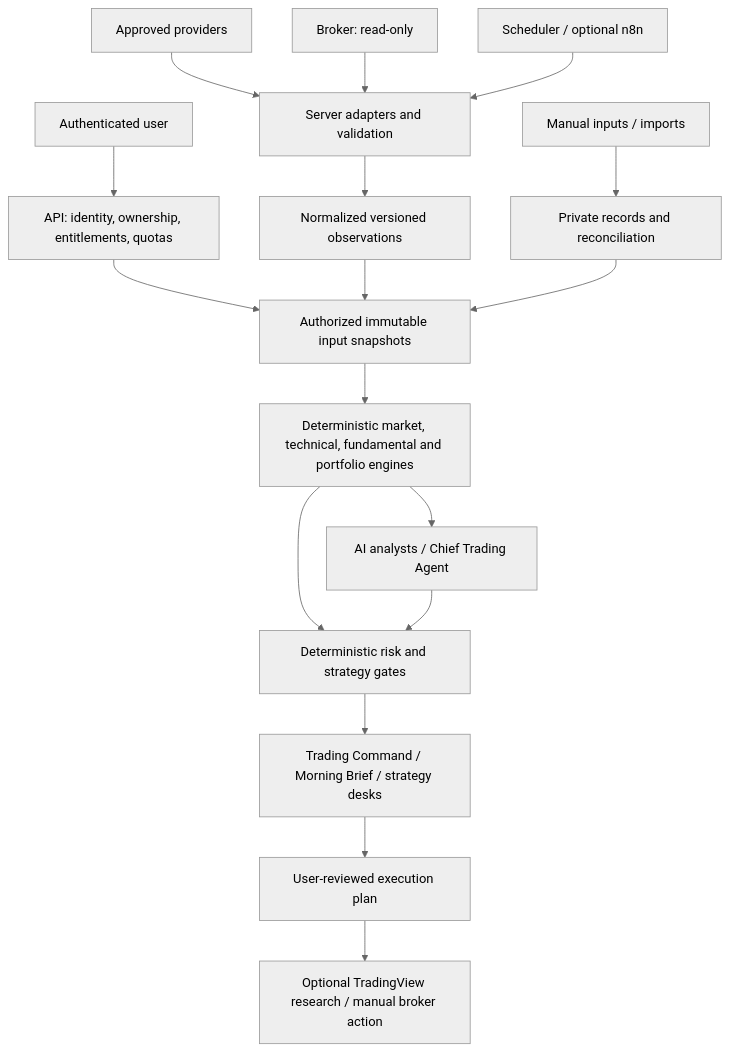
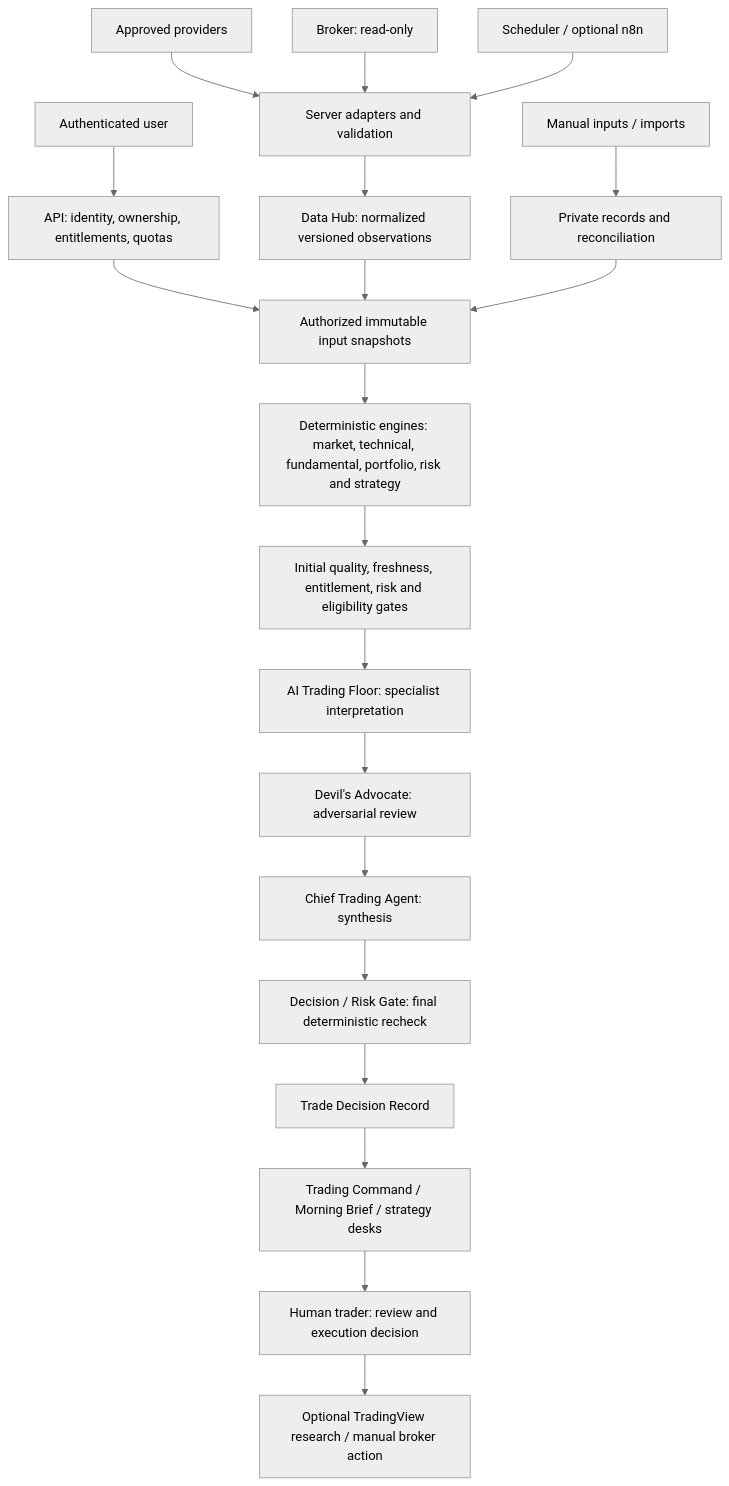
One commit to exodonprofits/Arowana_V2.0 changed the diagram in docs/ARCHITECTURE_2_1.md. Above: the diagram before and after it, drawn with Mermaid (neutral theme). The commit also changed other lines of this file and 2 other files, not shown here.

Commit message:
docs: finalize ATD-006 Architecture 2.1 consolidation

````diff
--- a/docs/ARCHITECTURE_2_1.md
+++ b/docs/ARCHITECTURE_2_1.md
@@ -31,19 +37,22 @@
 ```mermaid
 flowchart TD
     P[Approved providers] --> A[Server adapters and validation]
     B[Broker: read-only] --> A
     J[Scheduler / optional n8n] --> A
-    A --> N[Normalized versioned observations]
+    A --> N[Data Hub: normalized versioned observations]
     U[Authenticated user] --> G[API: identity, ownership, entitlements, quotas]
     G --> S[Authorized immutable input snapshots]
     N --> S
     M[Manual inputs / imports] --> R[Private records and reconciliation]
     R --> S
-    S --> E[Deterministic market, technical, fundamental and portfolio engines]
-    E --> AI[AI analysts / Chief Trading Agent]
-    E --> K[Deterministic risk and strategy gates]
-    AI --> K
-    K --> V[Trading Command / Morning Brief / strategy desks]
-    V --> D[User-reviewed execution plan]
-    D --> T[Optional TradingView research / manual broker action]
+    S --> E[Deterministic engines: market, technical, fundamental, portfolio, risk and strategy]
+    E --> Q[Initial quality, freshness, entitlement, risk and eligibility gates]
+    Q --> AI[AI Trading Floor: specialist interpretation]
+    AI --> DA[Devil's Advocate: adversarial review]
+    DA --> C[Chief Trading Agent: synthesis]
+    C --> K[Decision / Risk Gate: final deterministic recheck]
+    K --> D[Trade Decision Record]
+    D --> V[Trading Command / Morning Brief / strategy desks]
+    V --> H[Human trader: review and execution decision]
+    H --> T[Optional TradingView research / manual broker action]
 ```
````
